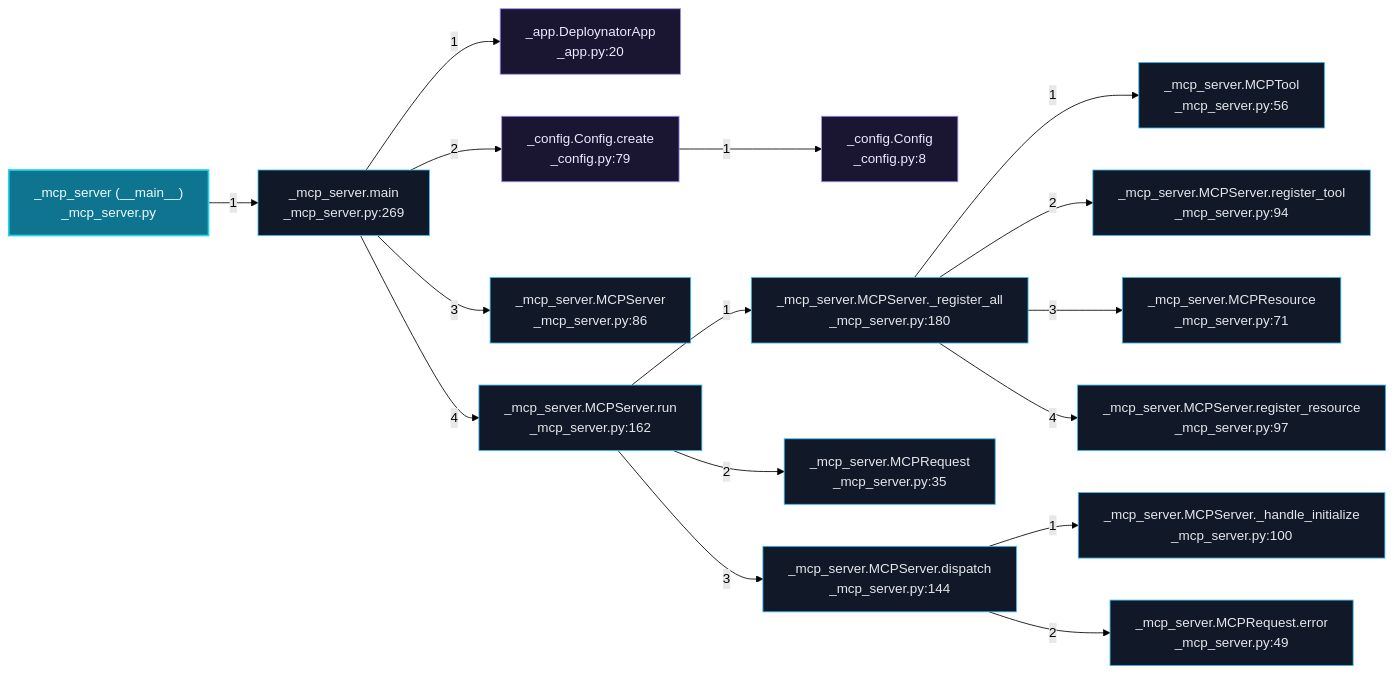
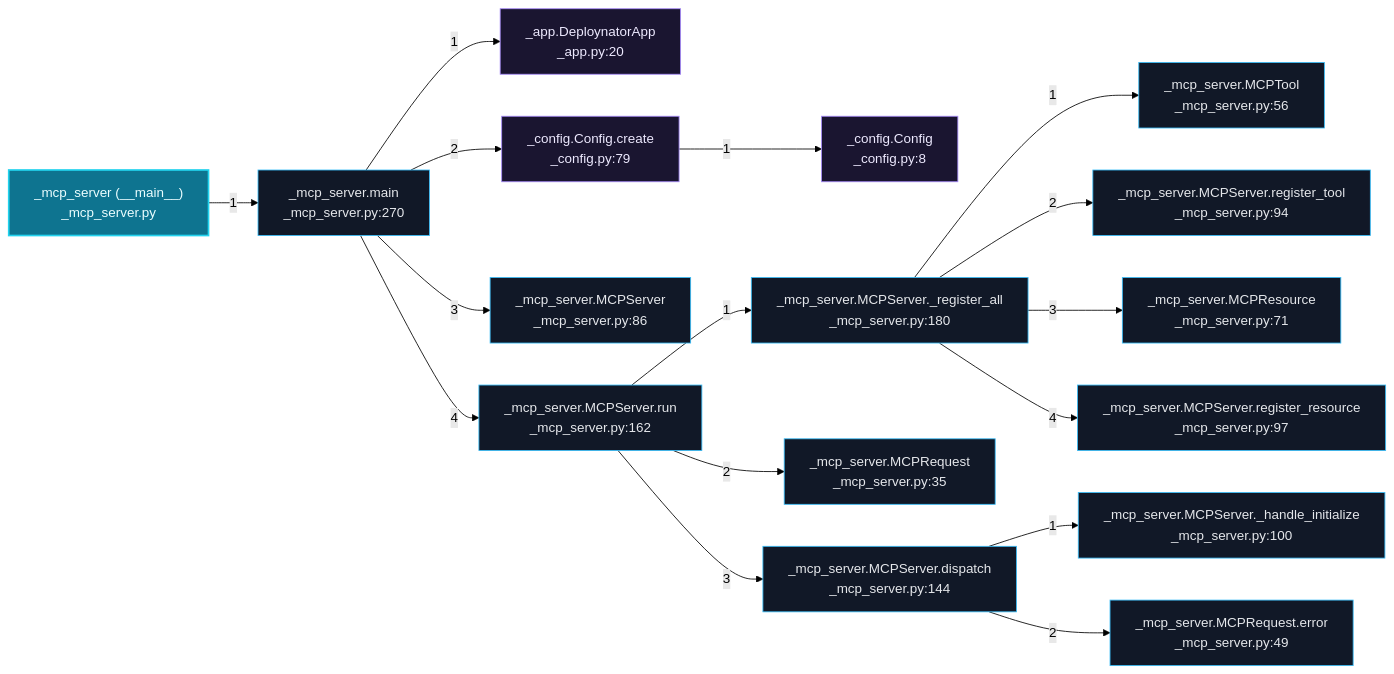
One commit to grisuno/deploynator changed the eighth of 9 diagrams in readmenator-apidocs/architecture.md. Above: the diagram before and after it, drawn with Mermaid (forest theme). The commit also changed other lines of this file and 86 other files, not shown here.

````diff
--- a/readmenator-apidocs/architecture.md
+++ b/readmenator-apidocs/architecture.md
@@ -433,37 +432,37 @@
 ```mermaid
 flowchart LR
     classDef default fill:#111827,stroke:#38bdf8,color:#e5e7eb;
     classDef entry fill:#0e7490,stroke:#22d3ee,color:#ecfeff,stroke-width:2px;
     classDef external fill:#1a1530,stroke:#a78bfa,color:#ede9fe;
     n_deploynator__mcp_server_py___main_["_mcp_server (__main__)<br/>_mcp_server.py"]:::entry
-    n_deploynator__mcp_server_py__main["_mcp_server.main<br/>_mcp_server.py:269"]:::default
+    n_deploynator__mcp_server_py__main["_mcp_server.main<br/>_mcp_server.py:270"]:::default
     n_deploynator__app_py__DeploynatorApp["_app.DeploynatorApp<br/>_app.py:20"]:::external
     n_deploynator__config_py__create["_config.Config.create<br/>_config.py:79"]:::external
     n_deploynator__config_py__Config["_config.Config<br/>_config.py:8"]:::external
     n_deploynator__mcp_server_py__MCPServer["_mcp_server.MCPServer<br/>_mcp_server.py:86"]:::default
     n_deploynator__mcp_server_py__run["_mcp_server.MCPServer.run<br/>_mcp_server.py:162"]:::default
     n_deploynator__mcp_server_py___register_all["_mcp_server.MCPServer._register_all<br/>_mcp_server.py:180"]:::default
     n_deploynator__mcp_server_py__MCPTool["_mcp_server.MCPTool<br/>_mcp_server.py:56"]:::default
     n_deploynator__mcp_server_py__register_tool["_mcp_server.MCPServer.register_tool<br/>_mcp_server.py:94"]:::default
     n_deploynator__mcp_server_py__MCPResource["_mcp_server.MCPResource<br/>_mcp_server.py:71"]:::default
     n_deploynator__mcp_server_py__register_resource["_mcp_server.MCPServer.register_resource<br/>_mcp_server.py:97"]:::default
     n_deploynator__mcp_server_py__MCPRequest["_mcp_server.MCPRequest<br/>_mcp_server.py:35"]:::default
     n_deploynator__mcp_server_py__dispatch["_mcp_server.MCPServer.dispatch<br/>_mcp_server.py:144"]:::default
     n_deploynator__mcp_server_py___handle_initialize["_mcp_server.MCPServer._handle_initialize<br/>_mcp_server.py:100"]:::default
     n_deploynator__mcp_server_py__error["_mcp_server.MCPRequest.error<br/>_mcp_server.py:49"]:::default
     n_deploynator__mcp_server_py___main_ -->|"1"| n_deploynator__mcp_server_py__main
     n_deploynator__mcp_server_py__main -->|"1"| n_deploynator__app_py__DeploynatorApp
     n_deploynator__mcp_server_py__main -->|"2"| n_deploynator__config_py__create
     n_deploynator__config_py__create -->|"1"| n_deploynator__config_py__Config
     n_deploynator__mcp_server_py__main -->|"3"| n_deploynator__mcp_server_py__MCPServer
     n_deploynator__mcp_server_py__main -->|"4"| n_deploynator__mcp_server_py__run
     n_deploynator__mcp_server_py__run -->|"1"| n_deploynator__mcp_server_py___register_all
     n_deploynator__mcp_server_py___register_all -->|"1"| n_deploynator__mcp_server_py__MCPTool
     n_deploynator__mcp_server_py___register_all -->|"2"| n_deploynator__mcp_server_py__register_tool
     n_deploynator__mcp_server_py___register_all -->|"3"| n_deploynator__mcp_server_py__MCPResource
     n_deploynator__mcp_server_py___register_all -->|"4"| n_deploynator__mcp_server_py__register_resource
     n_deploynator__mcp_server_py__run -->|"2"| n_deploynator__mcp_server_py__MCPRequest
     n_deploynator__mcp_server_py__run -->|"3"| n_deploynator__mcp_server_py__dispatch
     n_deploynator__mcp_server_py__dispatch -->|"1"| n_deploynator__mcp_server_py___handle_initialize
     n_deploynator__mcp_server_py__dispatch -->|"2"| n_deploynator__mcp_server_py__error
 ```
````
